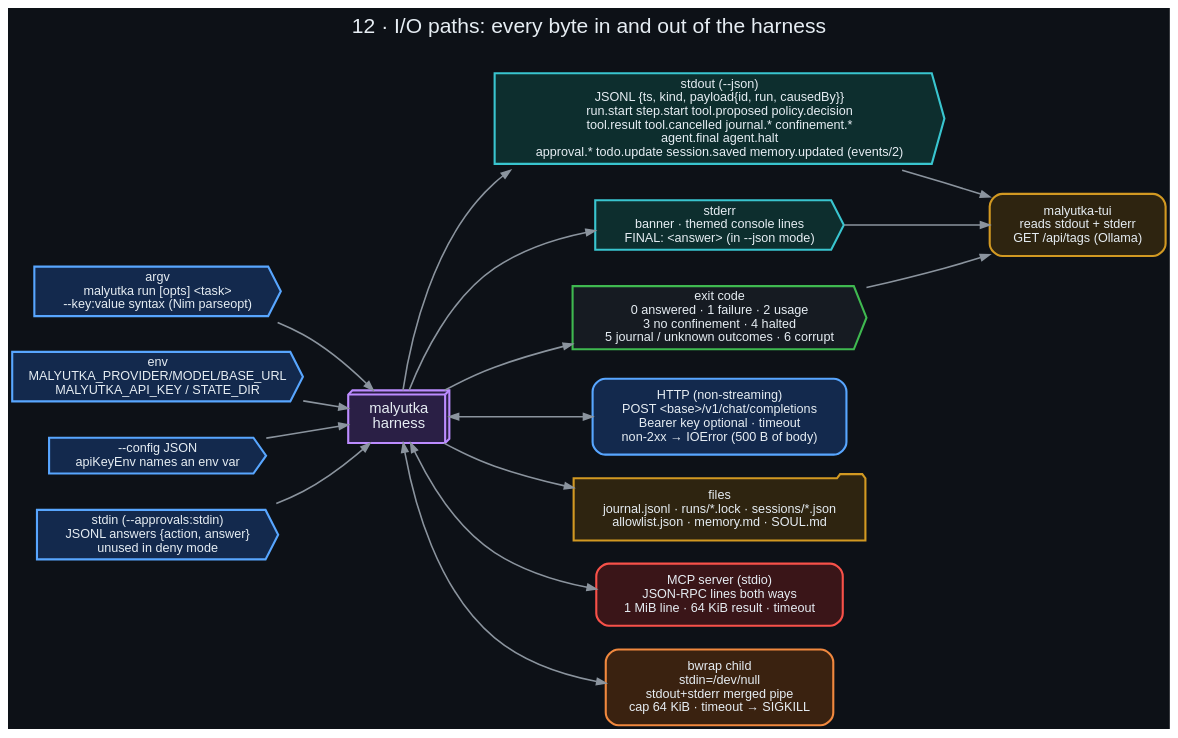
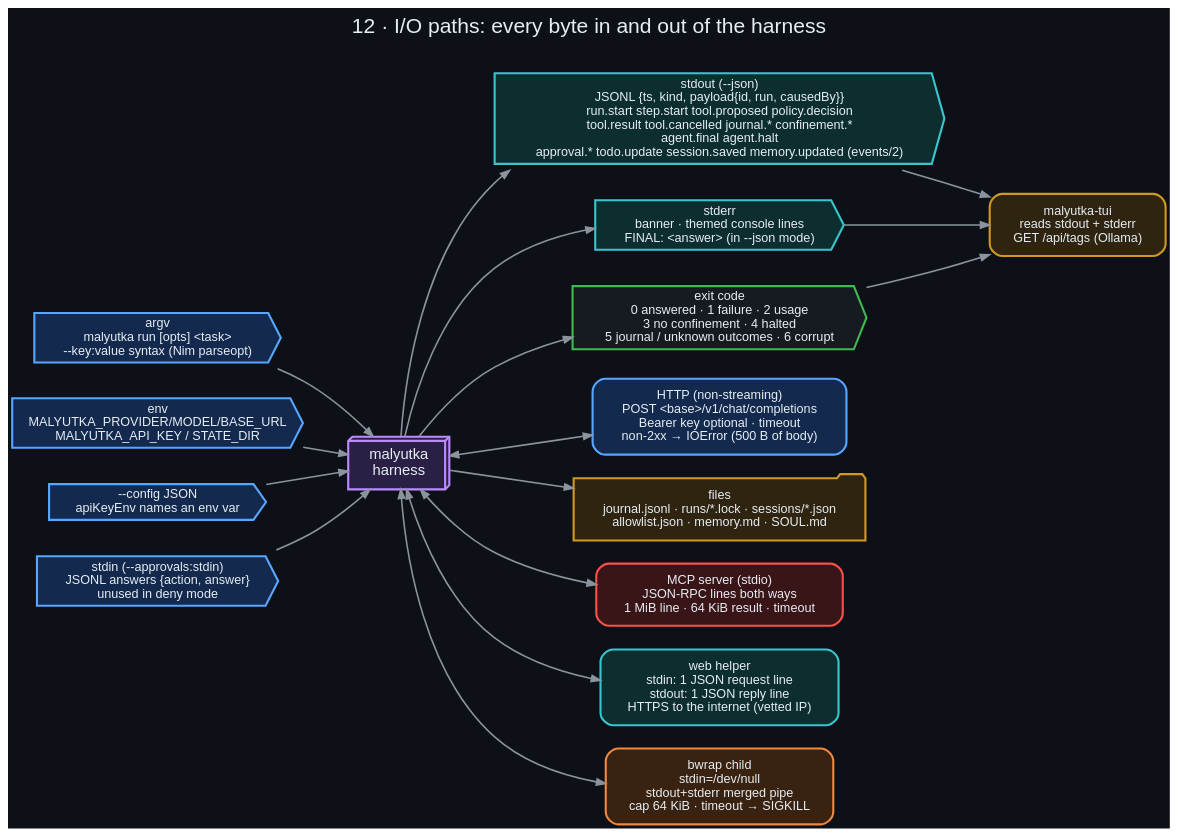
One commit to danindiana/malyutka changed the diagram in docs/diagrams/12_io_paths.dot. Above: the diagram before and after it, drawn with Graphviz. The commit also changed 45 other files, not shown here.

First line of the commit message:
feat: web_fetch through a sandboxed TLS helper (SPEC-011, part 1)

```diff
--- a/docs/diagrams/12_io_paths.dot
+++ b/docs/diagrams/12_io_paths.dot
@@ -1,23 +1,24 @@
 digraph io {
     graph [bgcolor="#0d1117", fontname="Helvetica", fontcolor="#e6edf3", labelloc="t", fontsize=20, rankdir=LR,
            label="12 · I/O paths: every byte in and out of the harness\n ", nodesep=0.3, ranksep=0.6];
     node  [fontname="Helvetica", fontcolor="#e6edf3", color="#30363d", style="filled,rounded", shape=box, penwidth=2, margin="0.22,0.14", fillcolor="#161b22", fontsize=12];
     edge  [color="#8b949e", fontname="Helvetica", fontcolor="#adbac7", penwidth=1.5, arrowsize=0.85, fontsize=10];
 
     argv [label="argv\nmalyutka run [opts] <task>\n--key:value syntax (Nim parseopt)", shape=cds, color="#58a6ff", fillcolor="#13294d"];
     env [label="env\nMALYUTKA_PROVIDER/MODEL/BASE_URL\nMALYUTKA_API_KEY / STATE_DIR", shape=cds, color="#58a6ff", fillcolor="#13294d"];
     cfg [label="--config JSON\napiKeyEnv names an env var", shape=cds, color="#58a6ff", fillcolor="#13294d"];
     stdin [label="stdin (--approvals:stdin)\nJSONL answers {action, answer}\nunused in deny mode", shape=cds, color="#58a6ff", fillcolor="#13294d"];
     h [label="malyutka\nharness", shape=box3d, color="#bc8cff", fillcolor="#2a1f45", fontsize=14];
     stdout [label="stdout (--json)\nJSONL {ts, kind, payload{id, run, causedBy}}\nrun.start step.start tool.proposed policy.decision\ntool.result tool.cancelled journal.* confinement.*\nagent.final agent.halt\napproval.* todo.update session.saved memory.updated (events/2)", shape=cds, color="#39c5cf", fillcolor="#0d2e2e"];
     stderr [label="stderr\nbanner · themed console lines\nFINAL: <answer> (in --json mode)", shape=cds, color="#39c5cf", fillcolor="#0d2e2e"];
     exitc [label="exit code\n0 answered · 1 failure · 2 usage\n3 no confinement · 4 halted\n5 journal / unknown outcomes · 6 corrupt", shape=cds, color="#3fb950"];
     http [label="HTTP (non-streaming)\nPOST <base>/v1/chat/completions\nBearer key optional · timeout\nnon-2xx → IOError (500 B of body)", color="#58a6ff", fillcolor="#13294d"];
     disk [label="files\njournal.jsonl · runs/*.lock · sessions/*.json\nallowlist.json · memory.md · SOUL.md", shape=folder, color="#d29922", fillcolor="#2e2410"];
     mcpsrv [label="MCP server (stdio)\nJSON-RPC lines both ways\n1 MiB line · 64 KiB result · timeout", color="#f85149", fillcolor="#3a1518"];
+    webio [label="web helper\nstdin: 1 JSON request line\nstdout: 1 JSON reply line\nHTTPS to the internet (vetted IP)", color="#39c5cf", fillcolor="#0d2e2e"];
     child [label="bwrap child\nstdin=/dev/null\nstdout+stderr merged pipe\ncap 64 KiB · timeout → SIGKILL", color="#f0883e", fillcolor="#3a2210"];
     tui [label="malyutka-tui\nreads stdout + stderr\nGET /api/tags (Ollama)", color="#d29922", fillcolor="#2e2410"];
 
-    {argv env cfg stdin} -> h; h -> {stdout stderr exitc}; h -> http [dir=both]; h -> disk; h -> child [dir=both]; h -> mcpsrv [dir=both];
+    {argv env cfg stdin} -> h; h -> {stdout stderr exitc}; h -> http [dir=both]; h -> disk; h -> child [dir=both]; h -> mcpsrv [dir=both]; h -> webio [dir=both];
     stdout -> tui; stderr -> tui; exitc -> tui;
 }
```
